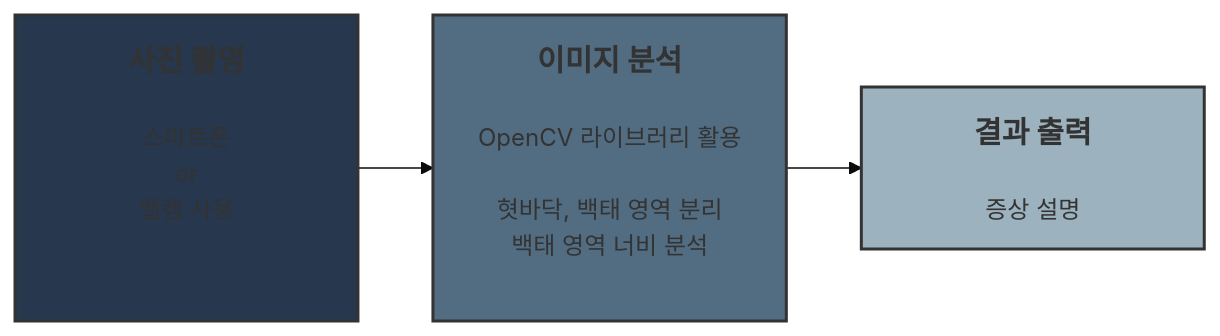
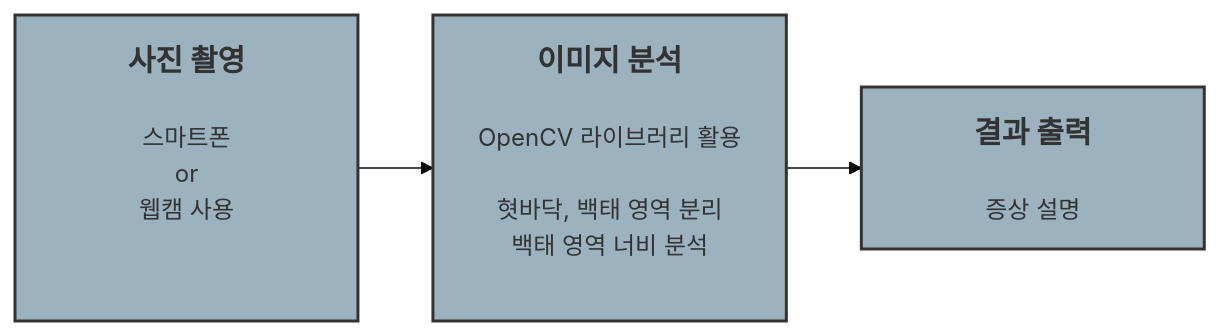
Before and after one commit to 201710808/-p: the diagram in Readme.md, drawn with Mermaid (base theme).

````diff
--- a/Readme.md
+++ b/Readme.md
@@ -3,9 +3,9 @@
 ```mermaid
 graph LR
 A[<b><span style='font-size:20px'>  사진 촬영  </span></b><br><br>스마트폰\nor\n웹캠 사용<br><br><br>]-->B[<b><span style='font-size:20px'>이미지 분석</span></b><br><br>OpenCV 라이브러리 활용<br><br>혓바닥, 백태 영역 분리<br>백태 영역 너비 분석<br><br>]
 B-->C[<b><span style='font-size:20px'>  결과 출력  </span></b><br><br>증상 설명]
 
-style A fill:#27374D,stroke:#333,stroke-width:2px
-style B fill:#526D82,stroke:#333,stroke-width:2px
+style A fill:#9DB2BF,stroke:#333,stroke-width:2px
+style B fill:#9DB2BF,stroke:#333,stroke-width:2px
 style C fill:#9DB2BF,stroke:#333,stroke-width:2px
 ```
````
